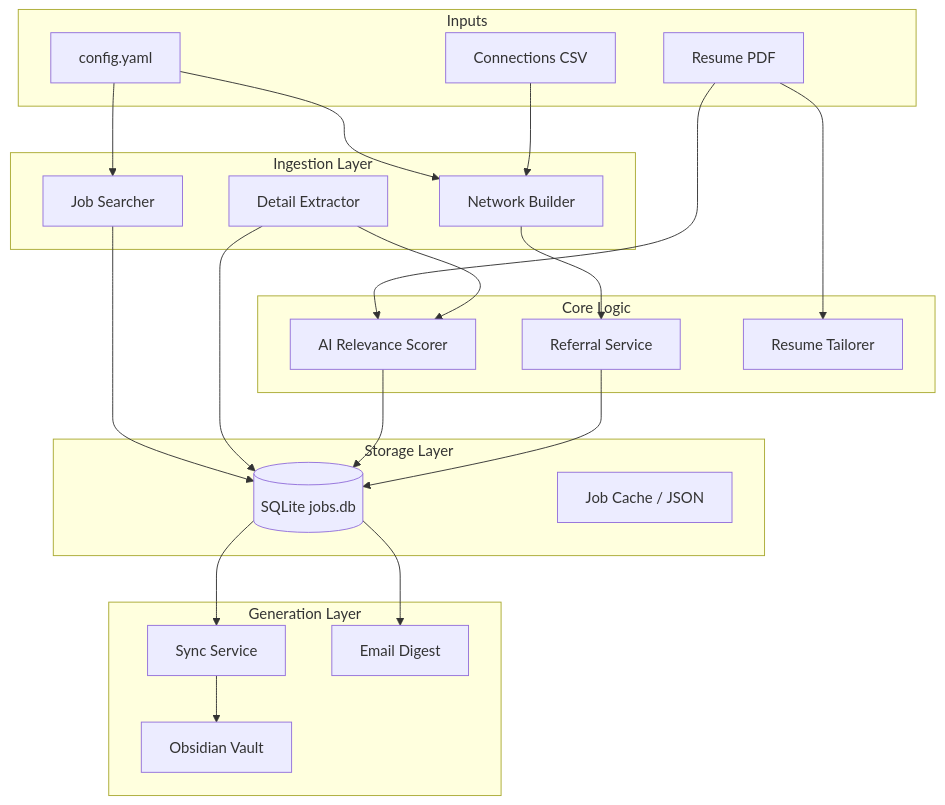
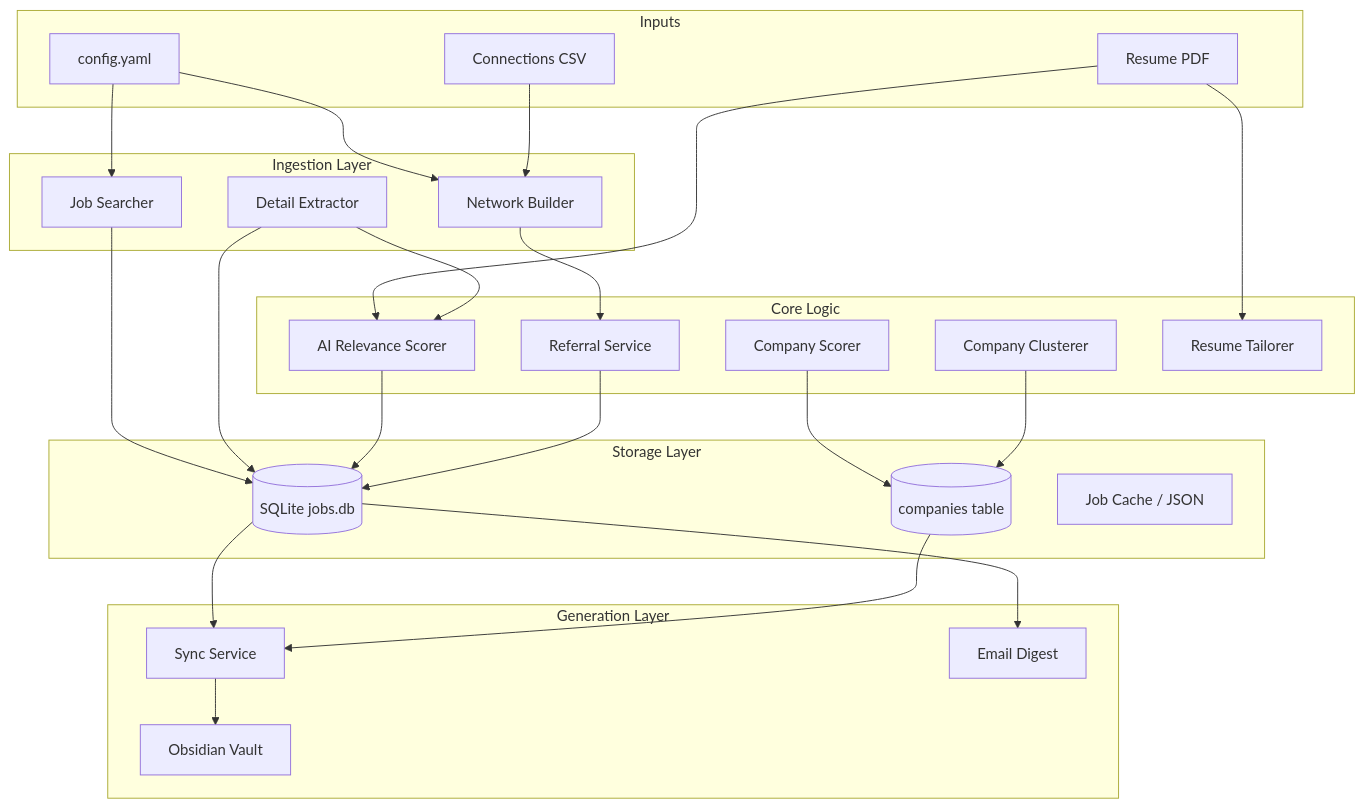
Before and after one commit to anirban-1009/JobHuntMindMap: the diagram in docs/ARCHITECTURE.md, drawn with Mermaid. The commit also changed other lines of this file and 25 other files, not shown here.

````diff
--- a/docs/ARCHITECTURE.md
+++ b/docs/ARCHITECTURE.md
@@ -8,55 +9,61 @@
 ```mermaid
 graph TD
     %% Configuration & Inputs
     subgraph Inputs
         Config[config.yaml]
         Resume[Resume PDF]
         ConnCSV[Connections CSV]
     end
 
     %% Ingestion Layer
     subgraph Ingestion [Ingestion Layer]
         Search[Job Searcher]
         Scrape[Detail Extractor]
         Network[Network Builder]
     end
 
     %% Processing Layer
     subgraph Core [Core Logic]
         Scorer[AI Relevance Scorer]
+        CompanyScorer[Company Scorer]
+        Clusterer[Company Clusterer]
         Referral[Referral Service]
         Tailor[Resume Tailorer]
     end
 
     %% Storage
     subgraph Storage [Storage Layer]
         DB[(SQLite jobs.db)]
+        Companies[(companies table)]
         Cache[Job Cache / JSON]
     end
 
     %% Output
     subgraph Output [Generation Layer]
         Sync[Sync Service]
         Vault[Obsidian Vault]
         Digest[Email Digest]
     end
 
     %% Connections
     Config --> Search
     Config --> Network
     Resume --> Scorer
     Resume --> Tailor
     ConnCSV --> Network
 
     Search --> DB
     Scrape --> DB
     Scrape --> Scorer
-    
+
     Scorer --> DB
+    CompanyScorer --> Companies
+    Clusterer --> Companies
     Network --> Referral
     Referral --> DB
-    
+
     DB --> Sync
+    Companies --> Sync
     Sync --> Vault
     DB --> Digest
 ```
````
